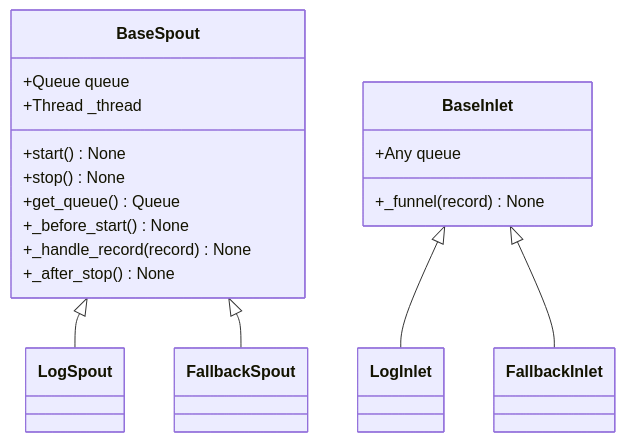
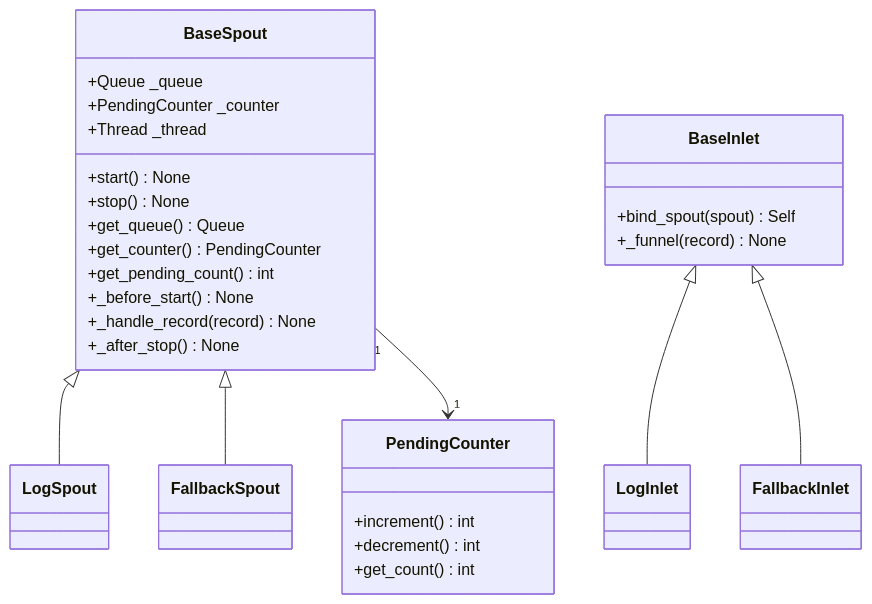
The diagram in docs/zh-CN/src/funnel/__init__.md (Mr-xiaotian/CelestialFlow), drawn with Mermaid before and after one commit. The commit also changed other lines of this file and 67 other files, not shown here.

````diff
--- a/docs/zh-CN/src/funnel/__init__.md
+++ b/docs/zh-CN/src/funnel/__init__.md
@@ -30,30 +34,39 @@
 ```mermaid
 classDiagram
     class BaseSpout {
-        +Queue queue
+        +Queue _queue
+        +PendingCounter _counter
         +Thread _thread
         +start() None
         +stop() None
         +get_queue() Queue
+        +get_counter() PendingCounter
+        +get_pending_count() int
         +_before_start() None
         +_handle_record(record) None
         +_after_stop() None
     }
     class BaseInlet {
-        +Any queue
+        +bind_spout(spout) Self
         +_funnel(record) None
+    }
+    class PendingCounter {
+        +increment() int
+        +decrement() int
+        +get_count() int
     }
     class LogSpout {
     }
     class FallbackSpout {
     }
     class LogInlet {
     }
     class FallbackInlet {
     }
 
     BaseSpout <|-- LogSpout
     BaseSpout <|-- FallbackSpout
     BaseInlet <|-- LogInlet
     BaseInlet <|-- FallbackInlet
+    BaseSpout "1" --> "1" PendingCounter
 ```
````
